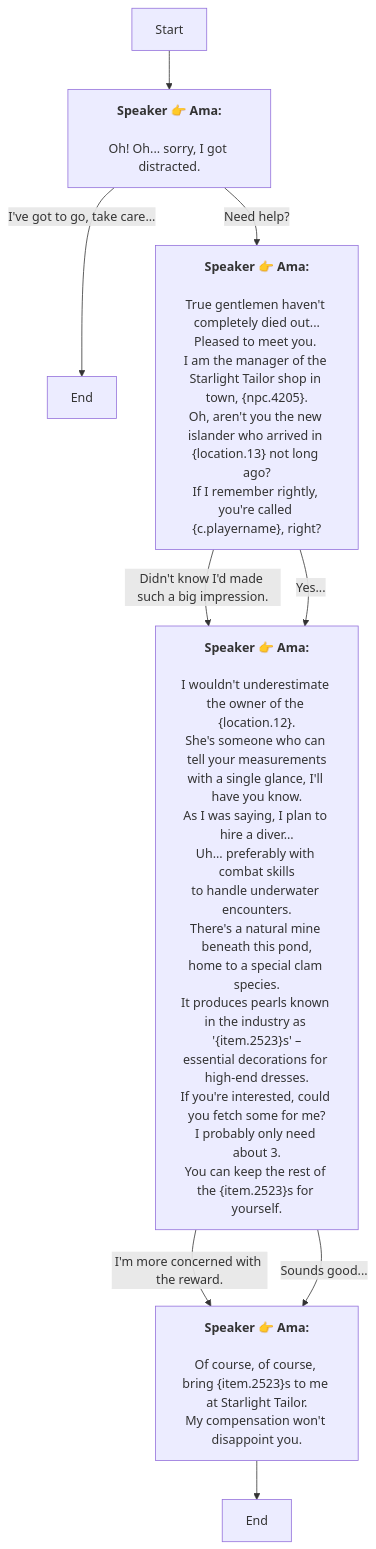
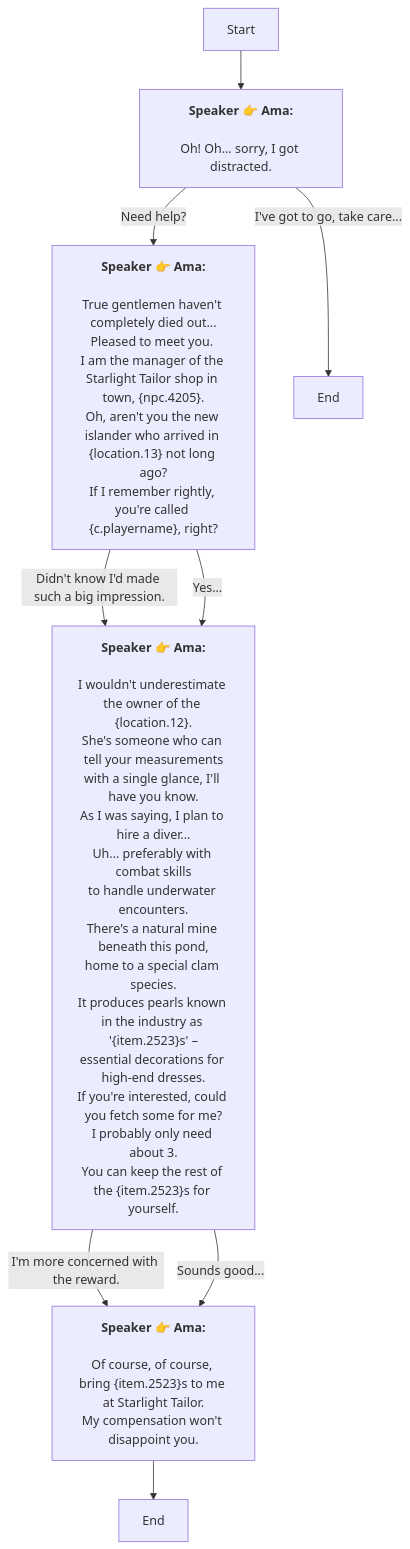
Before and after one commit to SoftHu/tos_avg: the diagram in En/Dialog_55200027322565.md, drawn with Mermaid. The commit also changed other lines of this file and 730 other files, not shown here.

````diff
--- a/En/Dialog_55200027322565.md
+++ b/En/Dialog_55200027322565.md
@@ -1,39 +1,39 @@
 ```mermaid
 graph
 Start -->1766400910248730[<b>Speaker 👉 Ama:</b>
 \nOh! Oh... sorry, I got distracted.]
-1766400910248730 -->|I've got to go, take care...|1766400910257960[End]
 1766400910248730 -->|Need help?|1766400910250782[<b>Speaker 👉 Ama:</b>
 \nTrue gentlemen haven't completely died out...
 Pleased to meet you. 
 I am the manager of the Starlight Tailor shop in town, &lbrace;npc.4205&rbrace;.\nOh, aren't you the new islander who arrived in &lbrace;location.13&rbrace; not long ago?
 If I remember rightly, you're called &lbrace;c.playername&rbrace;, right?]
+1766400910248730 -->|I've got to go, take care...|1766400910257960[End]
 1766400910250782 -->|Didn't know I'd made such a big impression.|1766400910254882[<b>Speaker 👉 Ama:</b>
 \nI wouldn't underestimate the owner of the &lbrace;location.12&rbrace;.
 She's someone who can tell your measurements
 with a single glance, I'll have you know.\nAs I was saying, I plan to hire a diver...
 Uh... preferably with combat skills
 to handle underwater encounters.\nThere's a natural mine beneath this pond,
 home to a special clam species.\nIt produces pearls known in the industry as '&lbrace;item.2523&rbrace;s' –
 essential decorations for high-end dresses.\nIf you're interested, could you fetch some for me?
 I probably only need about 3.
 You can keep the rest of the &lbrace;item.2523&rbrace;s for yourself.]
 1766400910250782 -->|Yes...|1766400910254882[<b>Speaker 👉 Ama:</b>
 \nI wouldn't underestimate the owner of the &lbrace;location.12&rbrace;.
 She's someone who can tell your measurements
 with a single glance, I'll have you know.\nAs I was saying, I plan to hire a diver...
 Uh... preferably with combat skills
 to handle underwater encounters.\nThere's a natural mine beneath this pond,
 home to a special clam species.\nIt produces pearls known in the industry as '&lbrace;item.2523&rbrace;s' –
 essential decorations for high-end dresses.\nIf you're interested, could you fetch some for me?
 I probably only need about 3.
 You can keep the rest of the &lbrace;item.2523&rbrace;s for yourself.]
 1766400910254882 -->|I'm more concerned with the reward.|1766400910256934[<b>Speaker 👉 Ama:</b>
 \nOf course, of course, bring &lbrace;item.2523&rbrace;s to me at Starlight Tailor.
 My compensation won't disappoint you.]
 1766400910254882 -->|Sounds good...|1766400910256934[<b>Speaker 👉 Ama:</b>
 \nOf course, of course, bring &lbrace;item.2523&rbrace;s to me at Starlight Tailor.
 My compensation won't disappoint you.]
 1766400910256934 -->1766400910256935[End]
 
 ```
````
